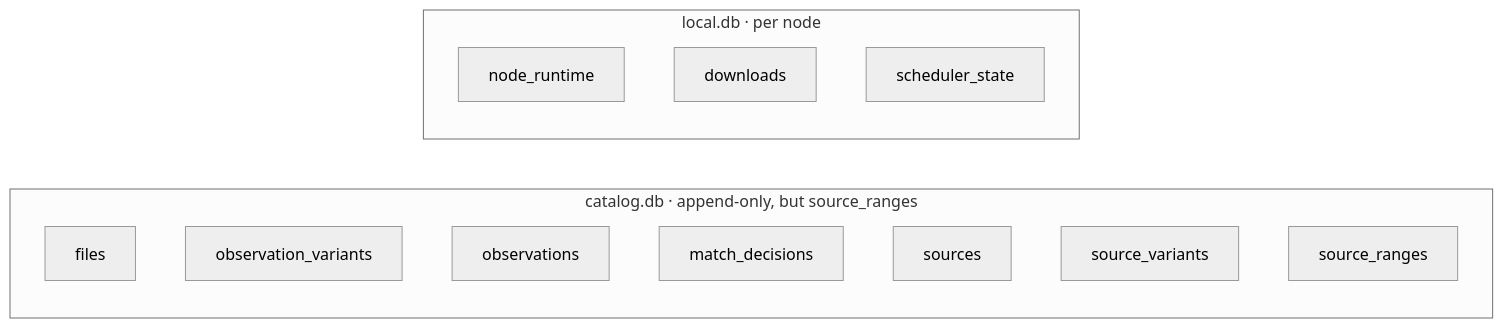
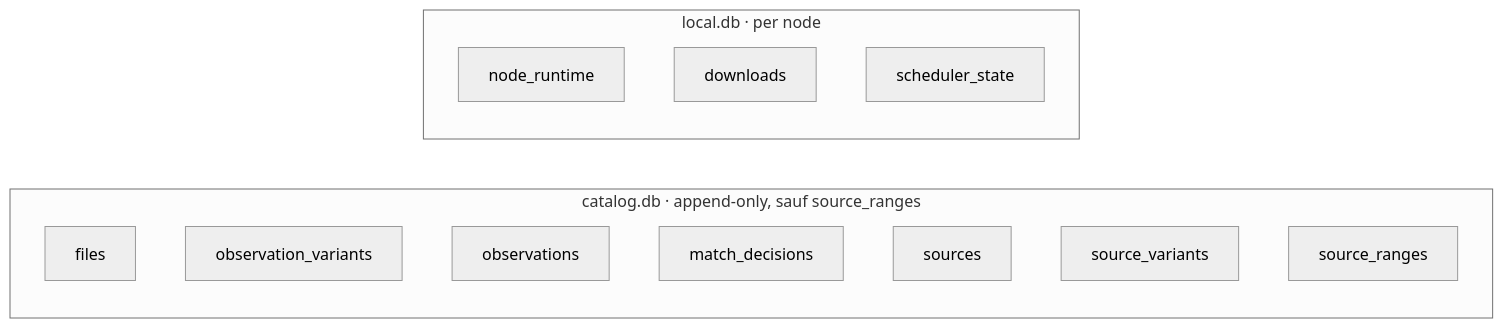
One commit to mission-titar/p2pwatch changed the ninth of 12 diagrams in docs/contributing/architecture.md. Above: the diagram before and after it, drawn with Mermaid (neutral theme). The commit also changed 6 other files, not shown here.

````diff
--- a/docs/contributing/architecture.md
+++ b/docs/contributing/architecture.md
@@ -374,17 +374,17 @@
 ```mermaid
 flowchart LR
-  subgraph cat["catalog.db · append-only, but source_ranges"]
+  subgraph cat["catalog.db · append-only, sauf source_ranges"]
     f["files"]
     ov["observation_variants"]
     o["observations"]
     md["match_decisions"]
     s["sources"]
     sv["source_variants"]
     sr["source_ranges"]
   end
   subgraph loc["local.db · per node"]
     nr["node_runtime"]
     dl["downloads"]
     ss["scheduler_state"]
   end
 ```
````
